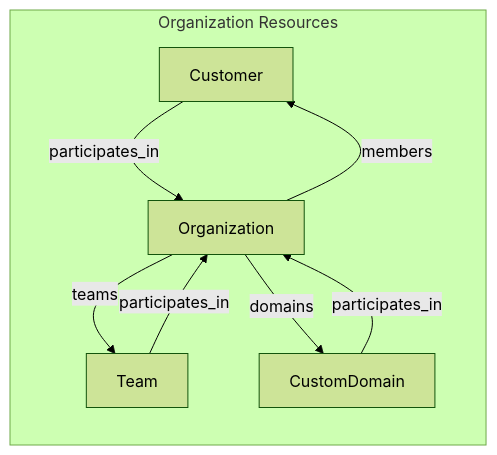
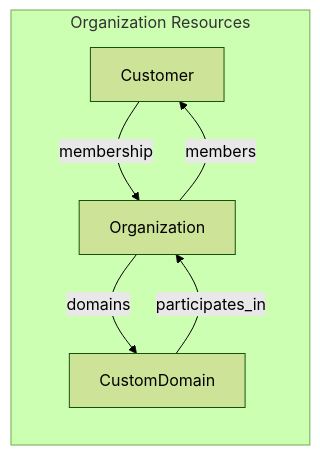
Before and after one commit to onetimesecret/onetimesecret: the diagram in docs/architecture/custom-domain-organization-ownership.md, drawn with Mermaid (forest theme). The commit also changed other lines of this file and 20 other files, not shown here.

First line of the commit message:
Revise architecture docs wholesale

````diff
--- a/docs/architecture/custom-domain-organization-ownership.md
+++ b/docs/architecture/custom-domain-organization-ownership.md
@@ -30,12 +30,10 @@
 ```mermaid
 graph LR
-    Customer -->|participates_in| Organization
-    Team -->|participates_in| Organization
+    Customer -->|membership| Organization
     CustomDomain -->|participates_in| Organization
 
     subgraph "Organization Resources"
         Organization -->|members| Customer
-        Organization -->|teams| Team
         Organization -->|domains| CustomDomain
     end
 ```
````
